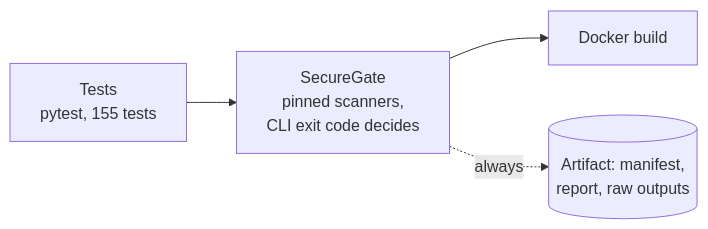
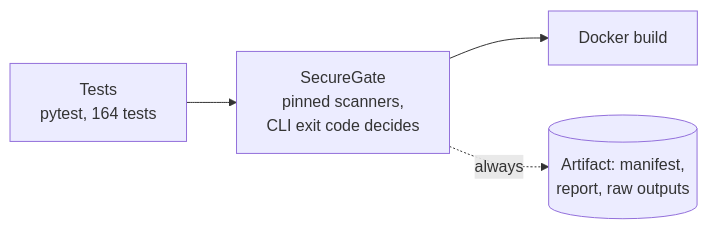
One commit to DuclasMatsinhe/SecureGate changed the diagram in SecureGate_Project/docs/ci-integration.md. Above: the diagram before and after it, drawn with Mermaid. The commit also changed 10 other files, not shown here.

````diff
--- a/SecureGate_Project/docs/ci-integration.md
+++ b/SecureGate_Project/docs/ci-integration.md
@@ -7,5 +7,5 @@
 ```mermaid
 flowchart LR
-  T[Tests<br/>pytest, 155 tests] --> G[SecureGate<br/>pinned scanners,<br/>CLI exit code decides] --> D[Docker build]
+  T[Tests<br/>pytest, 164 tests] --> G[SecureGate<br/>pinned scanners,<br/>CLI exit code decides] --> D[Docker build]
   G -. always .-> A[(Artifact: manifest,<br/>report, raw outputs)]
 ```
````
